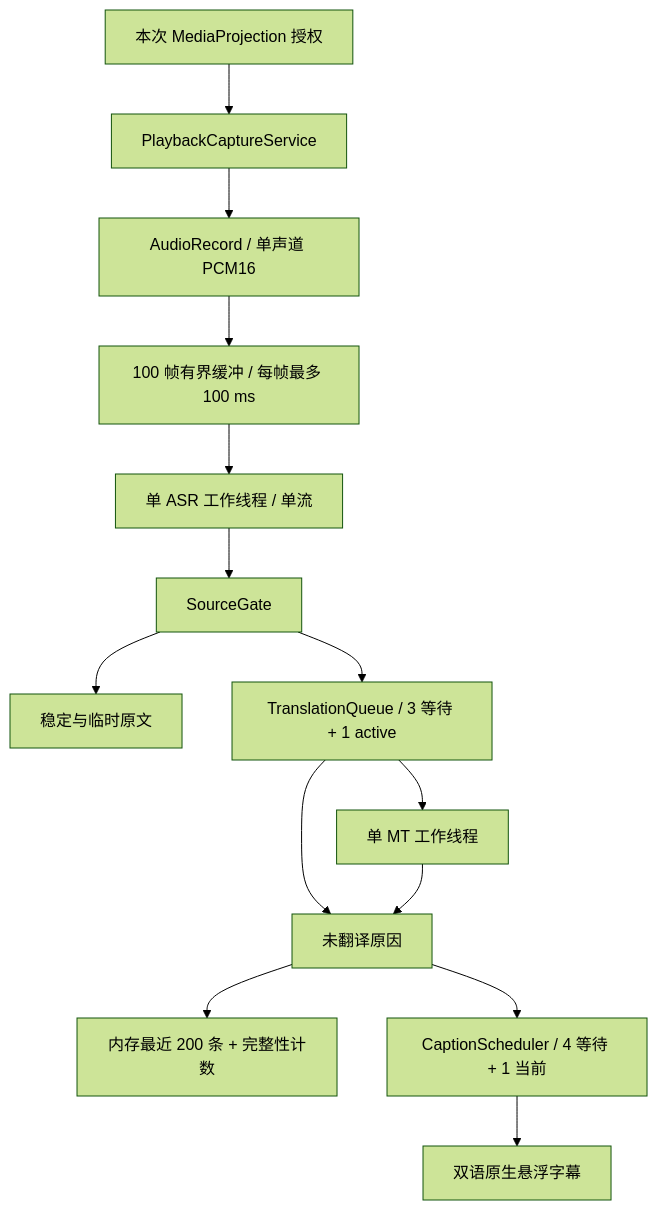
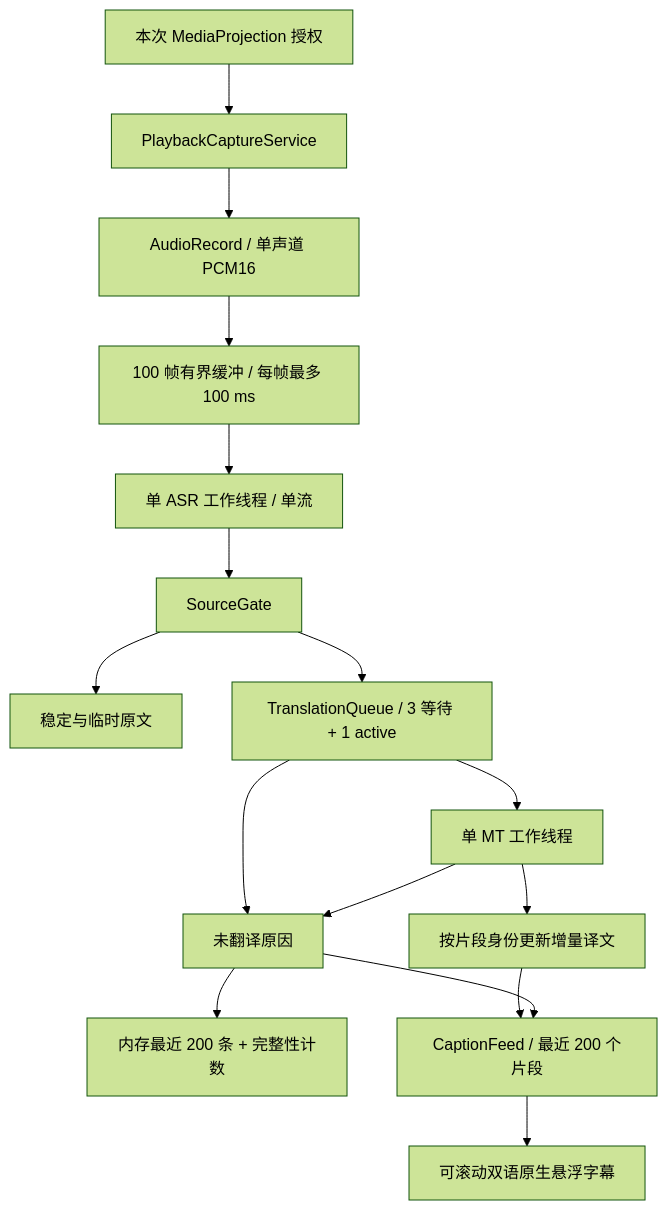
Before and after one commit to CodeBoy2006/CaptionGlass: the second of 2 diagrams in docs/architecture.md, drawn with Mermaid (forest theme). The commit also changed other lines of this file and 30 other files, not shown here.

````diff
--- a/docs/architecture.md
+++ b/docs/architecture.md
@@ -28,16 +28,18 @@
 ```mermaid
 flowchart TD
     consent[本次 MediaProjection 授权] --> service[PlaybackCaptureService]
     service --> audio[AudioRecord / 单声道 PCM16]
     audio --> buffer[100 帧有界缓冲 / 每帧最多 100 ms]
     buffer --> asr[单 ASR 工作线程 / 单流]
     asr --> gate[SourceGate]
     gate --> source[稳定与临时原文]
     gate --> queue[TranslationQueue / 3 等待 + 1 active]
     queue --> mt[单 MT 工作线程]
     queue --> outcome[未翻译原因]
     mt --> outcome
     outcome --> history[内存最近 200 条 + 完整性计数]
-    outcome --> scheduler[CaptionScheduler / 4 等待 + 1 当前]
-    scheduler --> overlay[双语原生悬浮字幕]
+    mt --> preview[按片段身份更新增量译文]
+    preview --> feed[CaptionFeed / 最近 200 个片段]
+    outcome --> feed
+    feed --> overlay[可滚动双语原生悬浮字幕]
 ```
````
